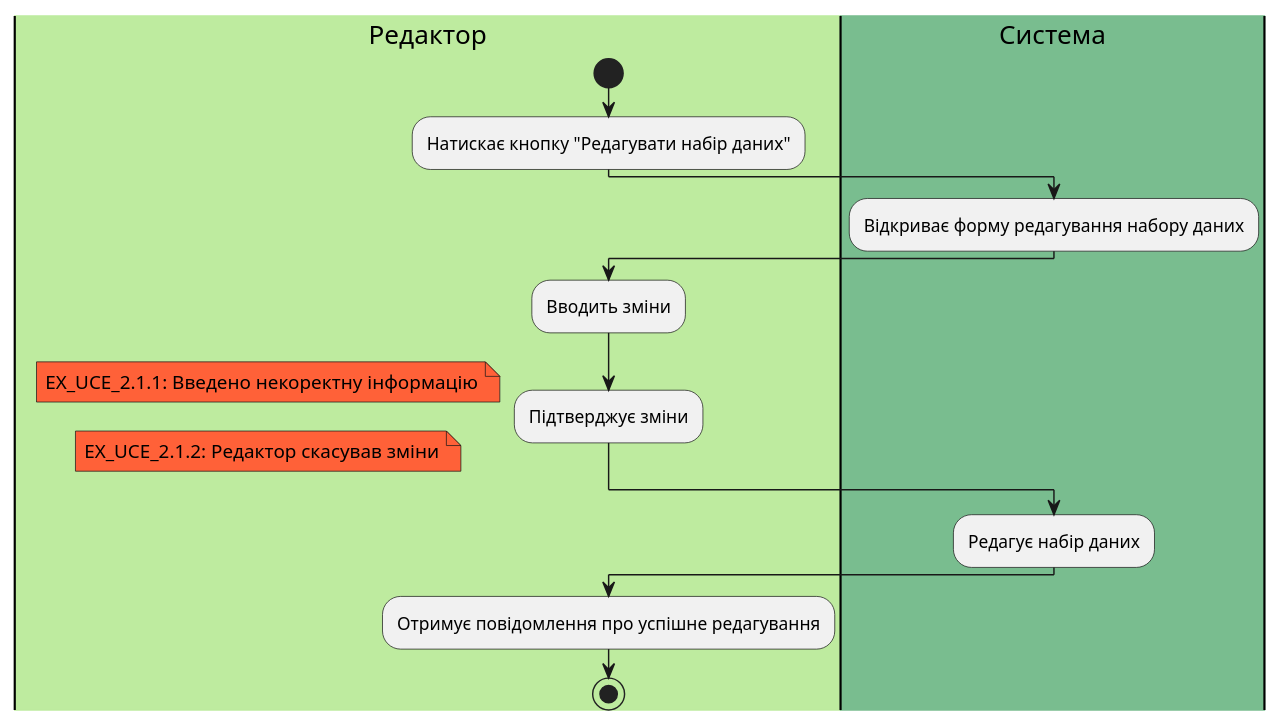
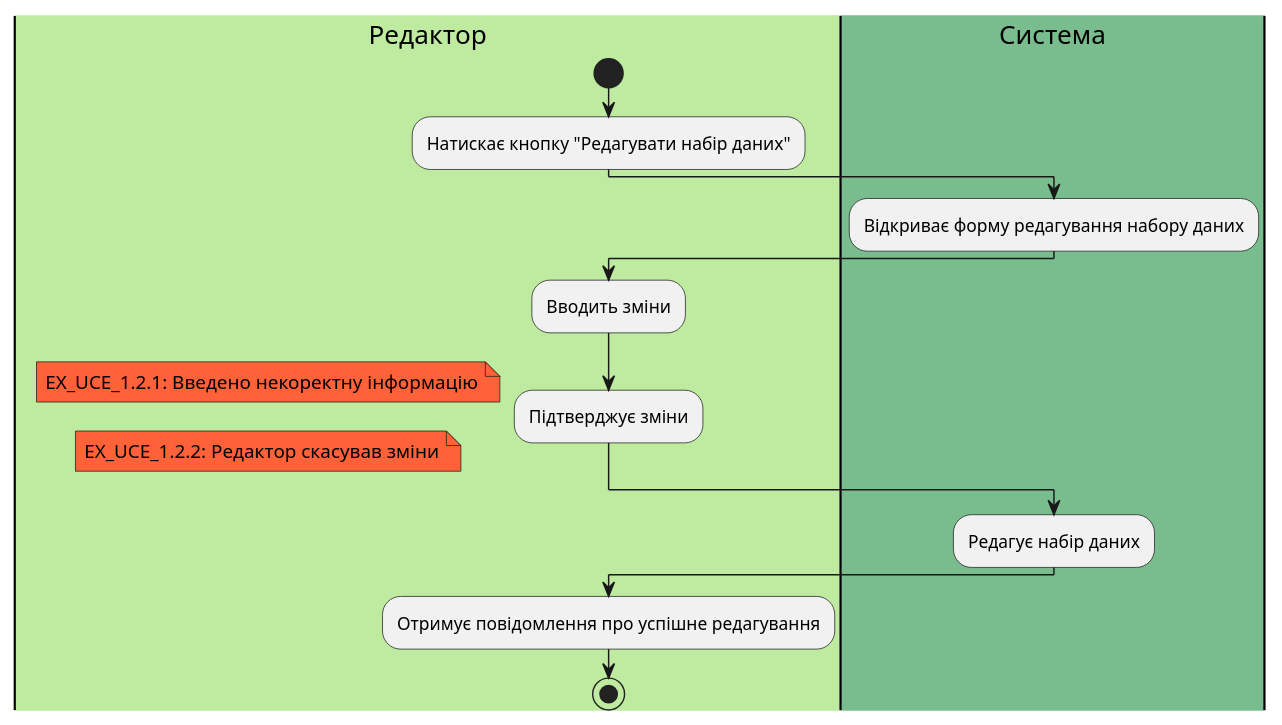
One commit to Beaxhem/edu-db-cw changed the tenth of 17 diagrams in docs/use cases/README.md. Above: the diagram before and after it, drawn with PlantUML. The commit also changed other lines of this file and 1 other file, not shown here.

```diff
--- a/docs/use cases/README.md
+++ b/docs/use cases/README.md
@@ -394,26 +394,26 @@
 @startuml
 
     <style>
         note {
             BackgroundColor #FF6138
         }
     </style>
     
     
     |#BEEB9F|Редактор|
     start
     :Натискає кнопку "Редагувати набір даних";
     |#79BD8F|Система|
     :Відкриває форму редагування набору даних;
     |Редактор|
     :Вводить зміни;
     :Підтверджує зміни;
-    note left: EX_UCE_2.1.1: Введено некоректну інформацію
-    note left: EX_UCE_2.1.2: Редактор скасував зміни
+    note left: EX_UCE_1.2.1: Введено некоректну інформацію
+    note left: EX_UCE_1.2.2: Редактор скасував зміни
     |Система|
     :Редагує набір даних;
     |Редактор|
     :Отримує повідомлення про успішне редагування;
     stop
 
 @enduml
```
